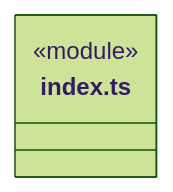
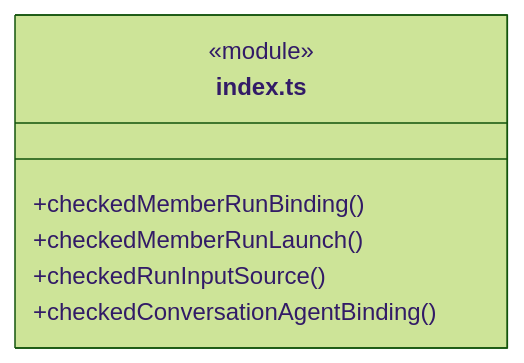
Before and after one commit to nan023062/cbim: diagram 19 of 33 in src/logic/execution/rules/ARCHITECTURE.md, drawn with Mermaid (forest theme). The commit also changed other lines of this file and 137 other files, not shown here.

Commit message:
fix: align architecture generator with documentation standards

````diff
--- a/src/logic/execution/rules/ARCHITECTURE.md
+++ b/src/logic/execution/rules/ARCHITECTURE.md
@@ -841,6 +859,10 @@
 ```mermaid
 classDiagram
 class N_src_logic_execution_rules_index_ts["index.ts"] {
   <<module>>
+  +checkedMemberRunBinding()
+  +checkedMemberRunLaunch()
+  +checkedRunInputSource()
+  +checkedConversationAgentBinding()
 }
 ```
````
